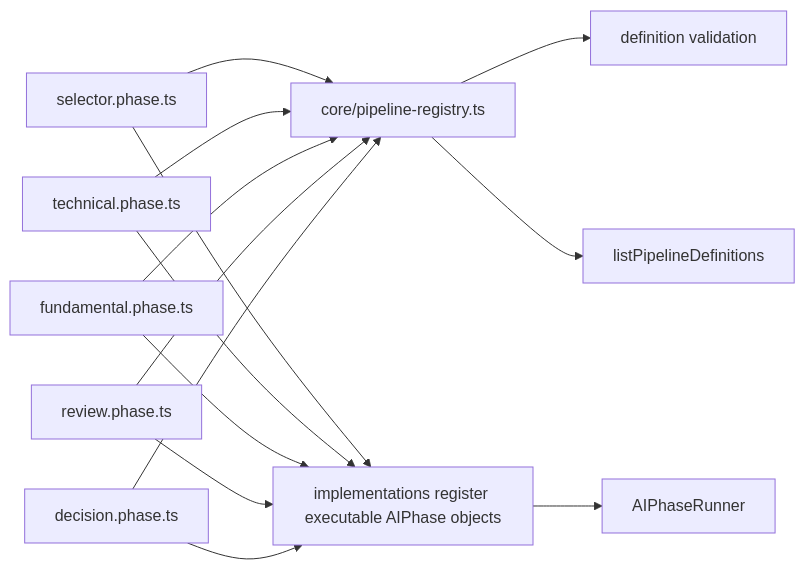
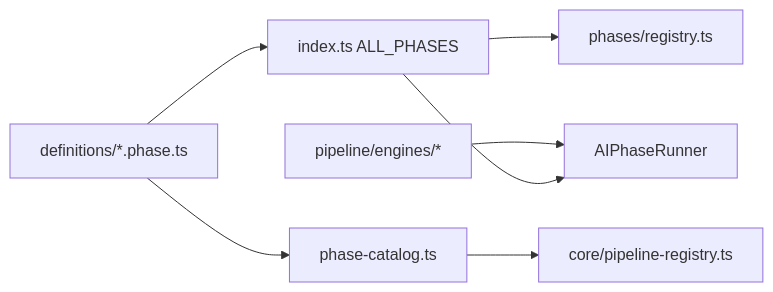
One commit to KennethAtchon/Exva changed the diagram in electron/main/services/pipeline/definitions/README.md. Above: the diagram before and after it, drawn with Mermaid. The commit also changed other lines of this file and 58 other files, not shown here.

First line of the commit message:
Refactor pipeline architecture and enhance phase definitions

````diff
--- a/electron/main/services/pipeline/definitions/README.md
+++ b/electron/main/services/pipeline/definitions/README.md
@@ -20,16 +16,9 @@
 ```mermaid
 flowchart LR
-    Selector[selector.phase.ts] --> StaticRegistry[core/pipeline-registry.ts]
-    Technical[technical.phase.ts] --> StaticRegistry
-    Fundamental[fundamental.phase.ts] --> StaticRegistry
-    Review[review.phase.ts] --> StaticRegistry
-    Decision[decision.phase.ts] --> StaticRegistry
-    StaticRegistry --> Validation[definition validation]
-    StaticRegistry --> RuntimeInspection[listPipelineDefinitions]
-    Selector --> ExecutablePhases[implementations register executable AIPhase objects]
-    Technical --> ExecutablePhases
-    Fundamental --> ExecutablePhases
-    Review --> ExecutablePhases
-    Decision --> ExecutablePhases
-    ExecutablePhases --> Runner[AIPhaseRunner]
+    PhaseFiles[definitions/*.phase.ts] --> Manifest[index.ts ALL_PHASES]
+    PhaseFiles --> Catalog[phase-catalog.ts]
+    Manifest --> PhaseRegistry[phases/registry.ts]
+    Catalog --> PipelineRegistry[core/pipeline-registry.ts]
+    Engines[pipeline/engines/*] --> Runner[AIPhaseRunner]
+    Manifest --> Runner
 ```
````
